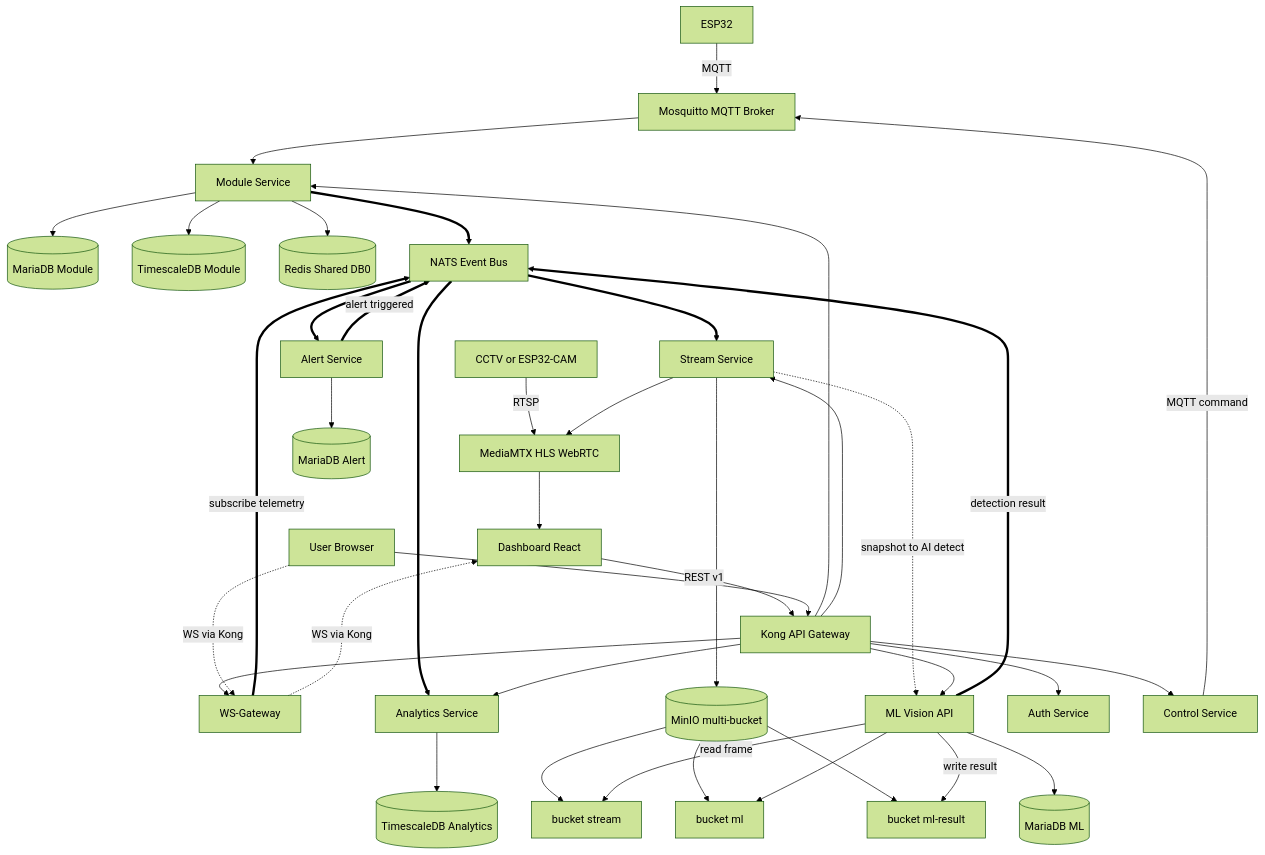
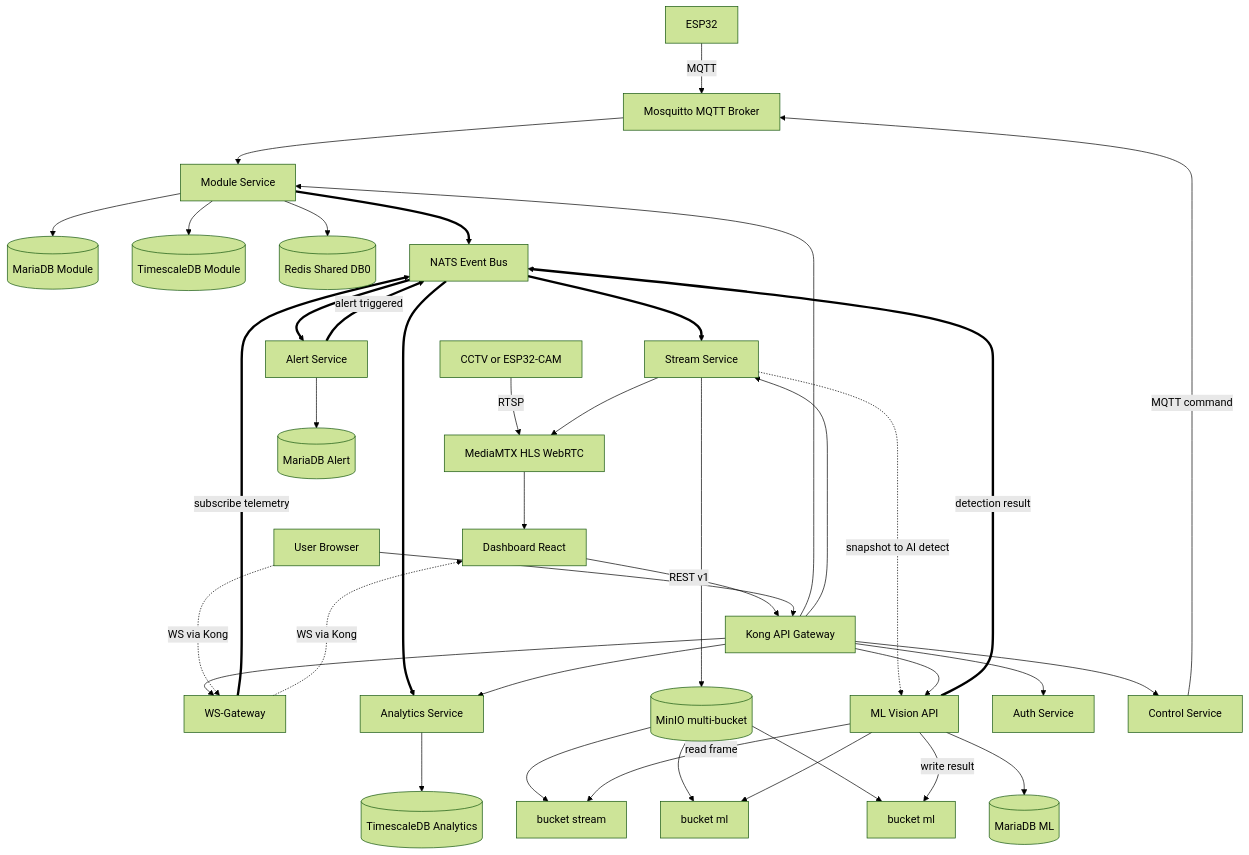
Before and after one commit to Rezen351/enterprise-iot-modular-microservices: the diagram in docs/planning.md, drawn with Mermaid (forest theme). The commit also changed other lines of this file and 65 other files, not shown here.

````diff
--- a/docs/planning.md
+++ b/docs/planning.md
@@ -95,44 +95,44 @@
 ```mermaid
 flowchart TB
     ESP32["ESP32"] -->|MQTT| MOSQ["Mosquitto MQTT Broker"]
     CCTV["CCTV or ESP32-CAM"] -->|RTSP| MTX["MediaMTX HLS WebRTC"]
     MOSQ --> MOD["Module Service"]
     MOD --> MDB[("MariaDB Module")]
     MOD --> TSDB[("TimescaleDB Module")]
     MOD --> RED[("Redis Shared DB0")]
     MOD ==> NATS["NATS Event Bus"]
 
     WSGW["WS-Gateway"] ==>|subscribe telemetry| NATS
     WSGW -.->|WS via Kong| DASH["Dashboard React"]
     NATS ==> ANA["Analytics Service"]
     ANA --> TSDBA[("TimescaleDB Analytics")]
     NATS ==> STR["Stream Service"]
     STR --> MTX["MediaMTX HLS WebRTC"]
     MTX --> DASH
     STR --> MINIO[("MinIO multi-bucket")]
     MINIO --> BSTR["bucket stream"]
     MINIO --> BML["bucket ml"]
-    MINIO --> BMLR["bucket ml-result"]
+    MINIO --> BMLR["bucket ml"]
     STR -.->|snapshot to AI detect| ML["ML Vision API"]
     ML -->|read frame| BSTR
     ML --> BML
     ML -->|write result| BMLR
     ML --> MLDB[("MariaDB ML")]
     ML ==>|detection result| NATS
     NATS ==> ALERT["Alert Service"]
     ALERT --> NADB[("MariaDB Alert")]
     ALERT ==>|alert triggered| NATS
 
     DASH -->|REST v1| KONG["Kong API Gateway"]
     KONG --> AUTH["Auth Service"]
     KONG --> MOD
     KONG --> ANA
     KONG --> CTL["Control Service"]
     KONG --> STR
     KONG --> ML
     KONG --> WSGW
 
     CTL -->|MQTT command| MOSQ
     USER["User Browser"] --> KONG
     USER -.->|WS via Kong| WSGW
 ```
````
